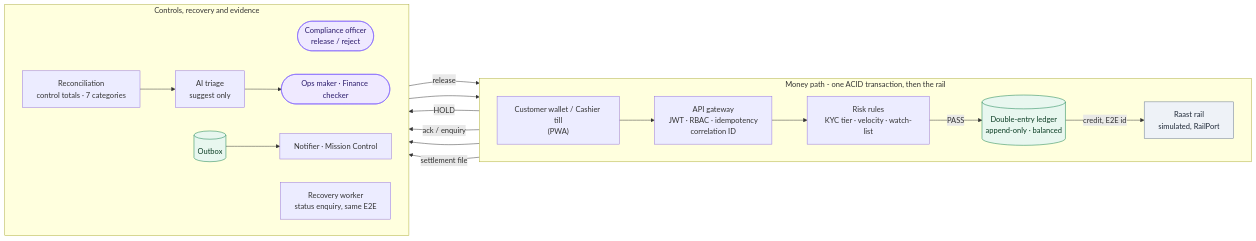
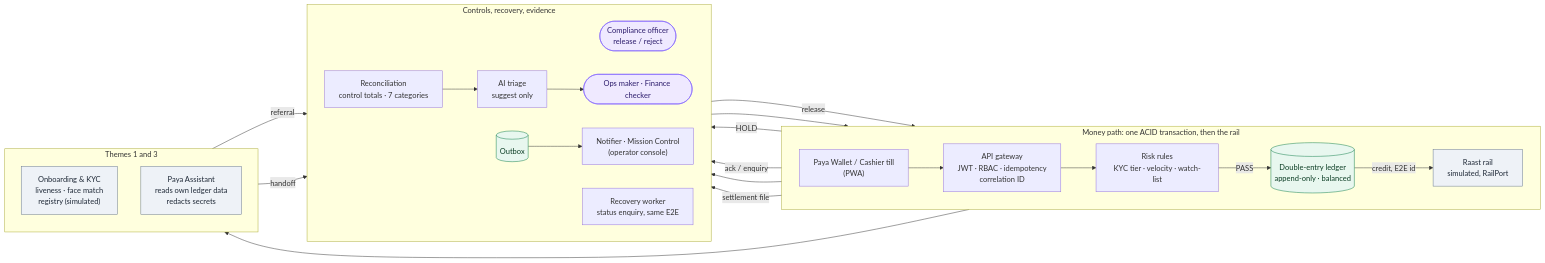
One commit to ruufaayl/paya changed the diagram in docs/deliverables/figures/brief-architecture.mmd. Above: the diagram before and after it, drawn with Mermaid. The commit also changed 23 other files, not shown here.

First line of the commit message:
Refresh defence materials for Paya 2.0 and Themes 1 and 3

```diff
--- a/docs/deliverables/figures/brief-architecture.mmd
+++ b/docs/deliverables/figures/brief-architecture.mmd
@@ -1,27 +1,36 @@
 flowchart LR
-  subgraph PAY["Money path - one ACID transaction, then the rail"]
+  subgraph PAY["Money path: one ACID transaction, then the rail"]
     direction LR
-    C["Customer wallet / Cashier till<br/>(PWA)"] --> G["API gateway<br/>JWT · RBAC · idempotency<br/>correlation ID"]
+    C["Paya Wallet / Cashier till<br/>(PWA)"] --> G["API gateway<br/>JWT · RBAC · idempotency<br/>correlation ID"]
     G --> R["Risk rules<br/>KYC tier · velocity · watch-list"]
     R -- "PASS" --> L[("Double-entry ledger<br/>append-only · balanced")]
     L -- "credit, E2E id" --> RA["Raast rail<br/>simulated, RailPort"]
   end
-  subgraph CTRL["Controls, recovery and evidence"]
+  subgraph CTRL["Controls, recovery, evidence"]
     direction LR
     H(["Compliance officer<br/>release / reject"])
     W["Recovery worker<br/>status enquiry, same E2E"]
     RC["Reconciliation<br/>control totals · 7 categories"] --> AI["AI triage<br/>suggest only"] --> OF(["Ops maker · Finance checker"])
-    O[("Outbox")] --> N["Notifier · Mission Control"]
+    O[("Outbox")] --> N["Notifier · Mission Control<br/>(operator console)"]
   end
+  subgraph EXT["Themes 1 and 3"]
+    direction TB
+    K["Onboarding & KYC<br/>liveness · face match<br/>registry (simulated)"]
+    AS["Paya Assistant<br/>reads own ledger data<br/>redacts secrets"]
+  end
+  C --> K
+  K -- "referral" --> H
+  AS -- "handoff" --> OF
   R -- "HOLD" --> H
   H -- "release" --> L
   RA -- "ack / enquiry" --> W
   W --> L
   L --> O
   RA -- "settlement file" --> RC
   classDef human fill:#efe9ff,stroke:#7c5cff,color:#2b1b6b
   classDef store fill:#e8f7ef,stroke:#0a7a46,color:#0b3d24
   classDef ext fill:#eef2f7,stroke:#64748b,color:#1f2937
   class H,OF human
   class L,O store
   class RA ext
+  class K,AS ext
```
